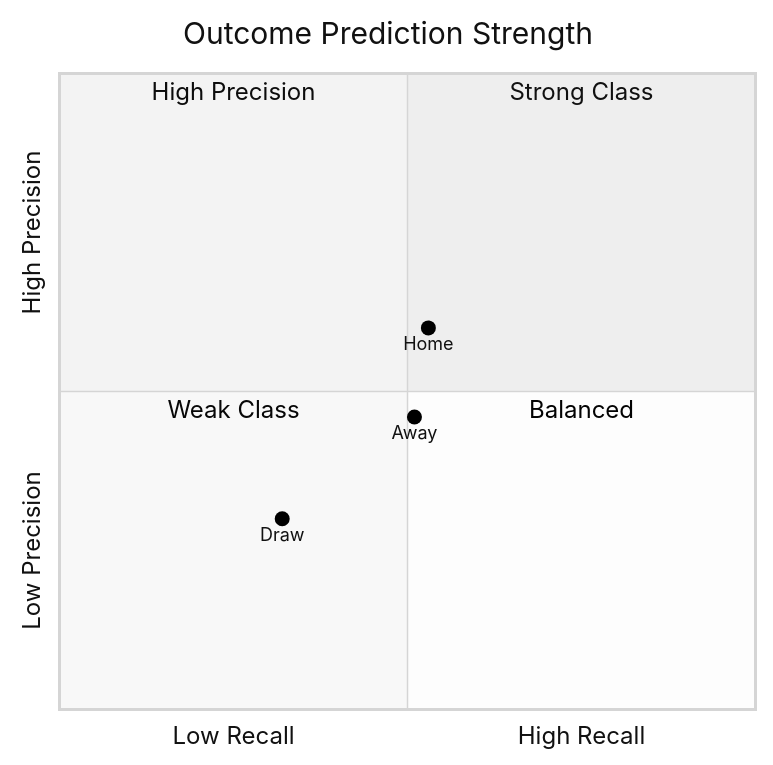
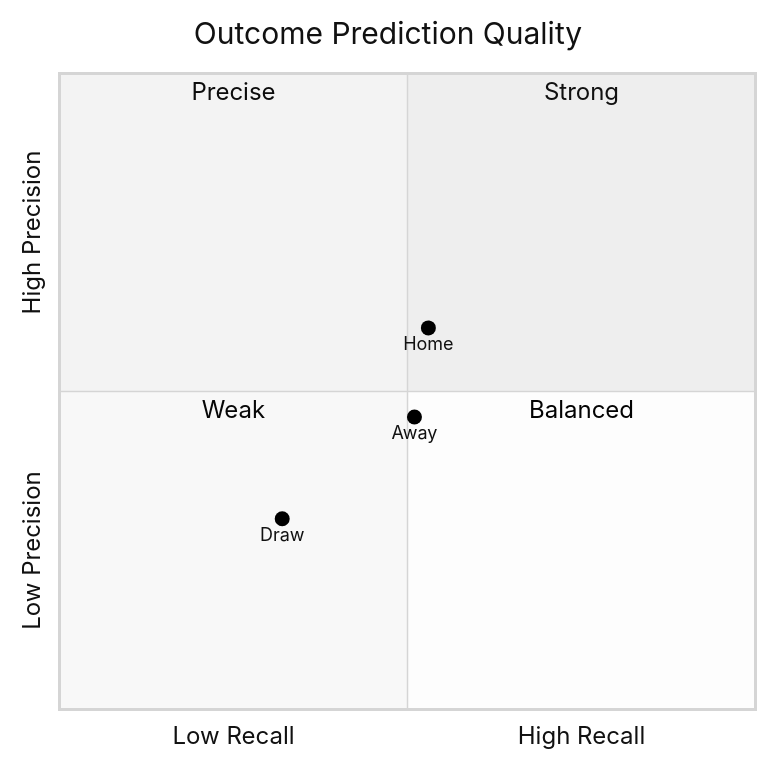
One commit to sai-ganesh-4539/StatVault changed the fifth of 11 diagrams in Match_Prediction_Intelligence.md. Above: the diagram before and after it, drawn with Mermaid (neutral theme). The commit also changed other lines of this file, not shown here.

````diff
--- a/Match_Prediction_Intelligence.md
+++ b/Match_Prediction_Intelligence.md
@@ -128,16 +232,17 @@
 ```mermaid
 quadrantChart
-title Outcome Prediction Strength
+
+title Outcome Prediction Quality
 
 x-axis Low Recall --> High Recall
 y-axis Low Precision --> High Precision
 
-quadrant-1 Strong Class
-quadrant-2 High Precision
-quadrant-3 Weak Class
+quadrant-1 Strong
+quadrant-2 Precise
+quadrant-3 Weak
 quadrant-4 Balanced
 
 Home:[0.53,0.60]
 Draw:[0.32,0.30]
 Away:[0.51,0.46]
 ```
````
